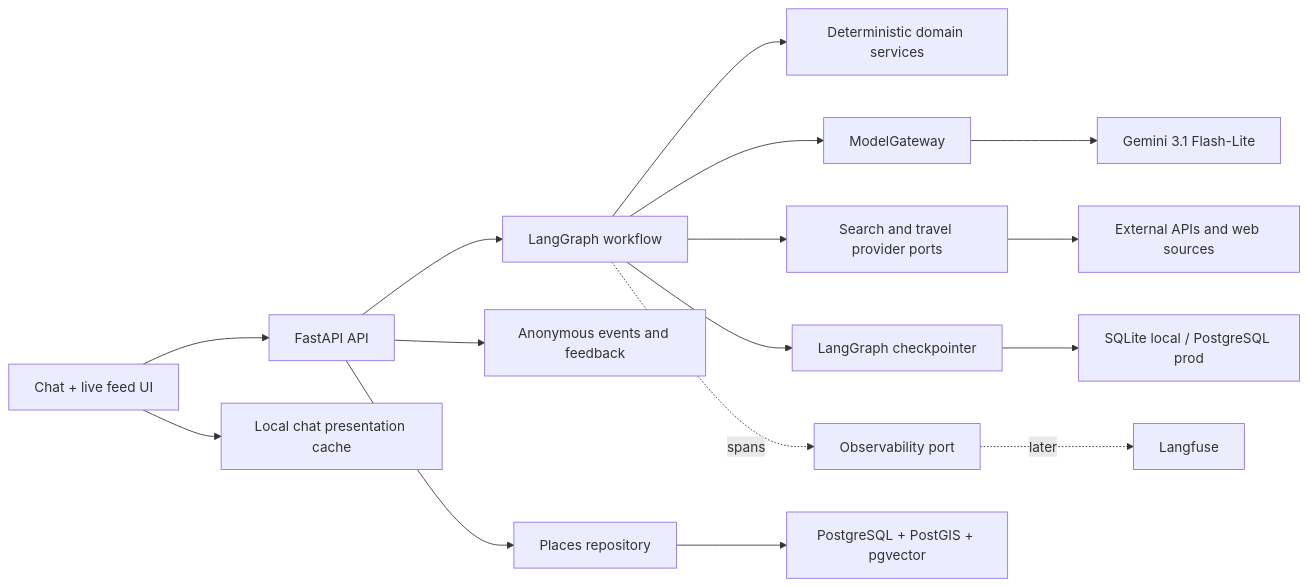
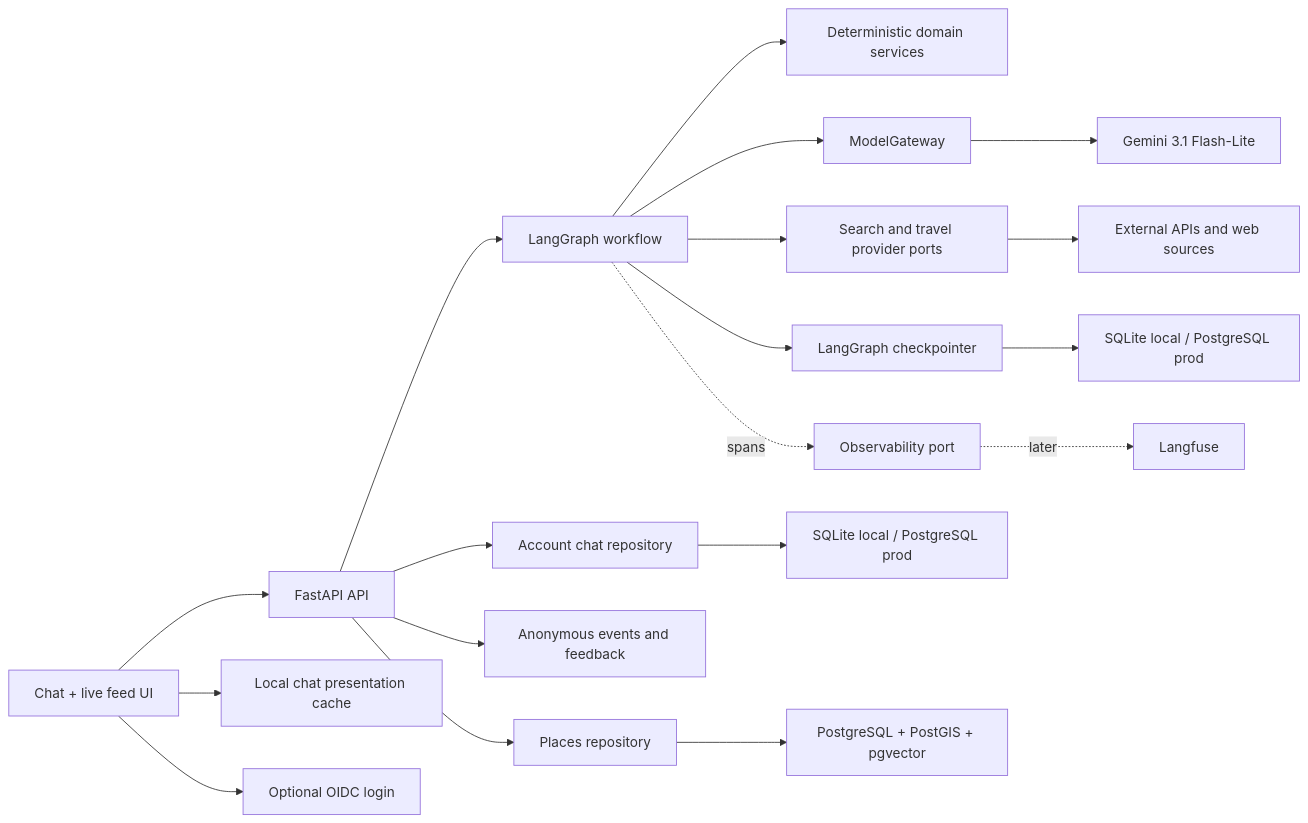
The first of 2 diagrams in docs/architecture.md (yaroslavlikh/travel-helper), drawn with Mermaid before and after one commit. The commit also changed other lines of this file and 18 other files, not shown here.

Commit message:
feat(accounts): add optional chat synchronization

````diff
--- a/docs/architecture.md
+++ b/docs/architecture.md
@@ -9,18 +9,21 @@
 ```mermaid
 flowchart LR
     UI["Chat + live feed UI"] --> API["FastAPI API"]
     UI --> LOCAL["Local chat presentation cache"]
+    UI --> AUTH["Optional OIDC login"]
     API --> GRAPH["LangGraph workflow"]
+    API --> ACCOUNTS["Account chat repository"]
     GRAPH --> DOMAIN["Deterministic domain services"]
     GRAPH --> AI["ModelGateway"]
     GRAPH --> PROVIDERS["Search and travel provider ports"]
     GRAPH --> CP["LangGraph checkpointer"]
     API --> EVENTS["Anonymous events and feedback"]
     API --> PLACES["Places repository"]
     GRAPH -. spans .-> OBS["Observability port"]
     AI --> LLM["Gemini 3.1 Flash-Lite"]
     PROVIDERS --> WEB["External APIs and web sources"]
     CP --> DB["SQLite local / PostgreSQL prod"]
+    ACCOUNTS --> ADB["SQLite local / PostgreSQL prod"]
     PLACES --> PG["PostgreSQL + PostGIS + pgvector"]
     OBS -. later .-> LF["Langfuse"]
 ```
````
